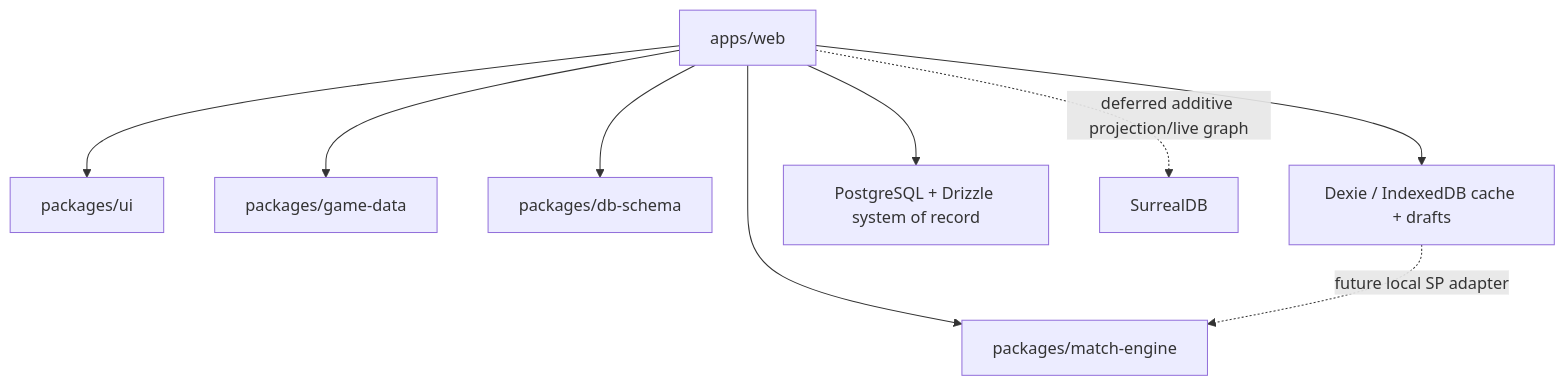
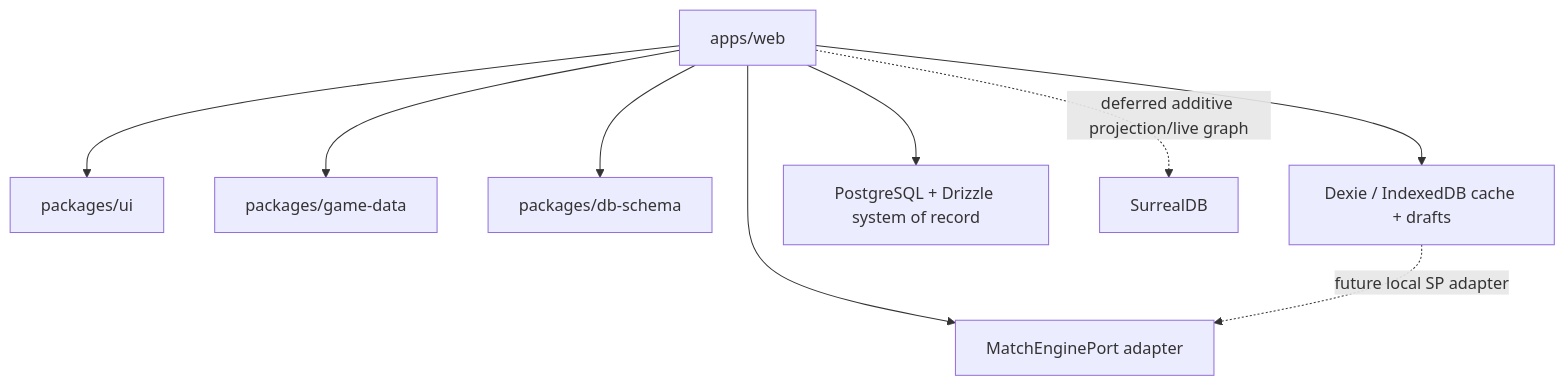
Before and after one commit to EtroxTaran/klubhaus-elf: the first of 2 diagrams in docs/10-Architecture/05-Building-Blocks.md, drawn with Mermaid. The commit also changed other lines of this file and 33 other files, not shown here.

Commit message:
docs: anchor swappable spatial event match engine (#70)

````diff
--- a/docs/10-Architecture/05-Building-Blocks.md
+++ b/docs/10-Architecture/05-Building-Blocks.md
@@ -19,11 +21,11 @@
 ```mermaid
 flowchart TB
   Web[apps/web] --> UI[packages/ui]
   Web --> Data[packages/game-data]
   Web --> Schema[packages/db-schema]
-  Web --> Engine[packages/match-engine]
+  Web --> Engine[MatchEnginePort adapter]
   Web --> Dexie[Dexie / IndexedDB cache + drafts]
   Web --> Postgres[PostgreSQL + Drizzle system of record]
   Web -. deferred additive projection/live graph .-> Surreal[SurrealDB]
   Dexie -. future local SP adapter .-> Engine
 ```
````
